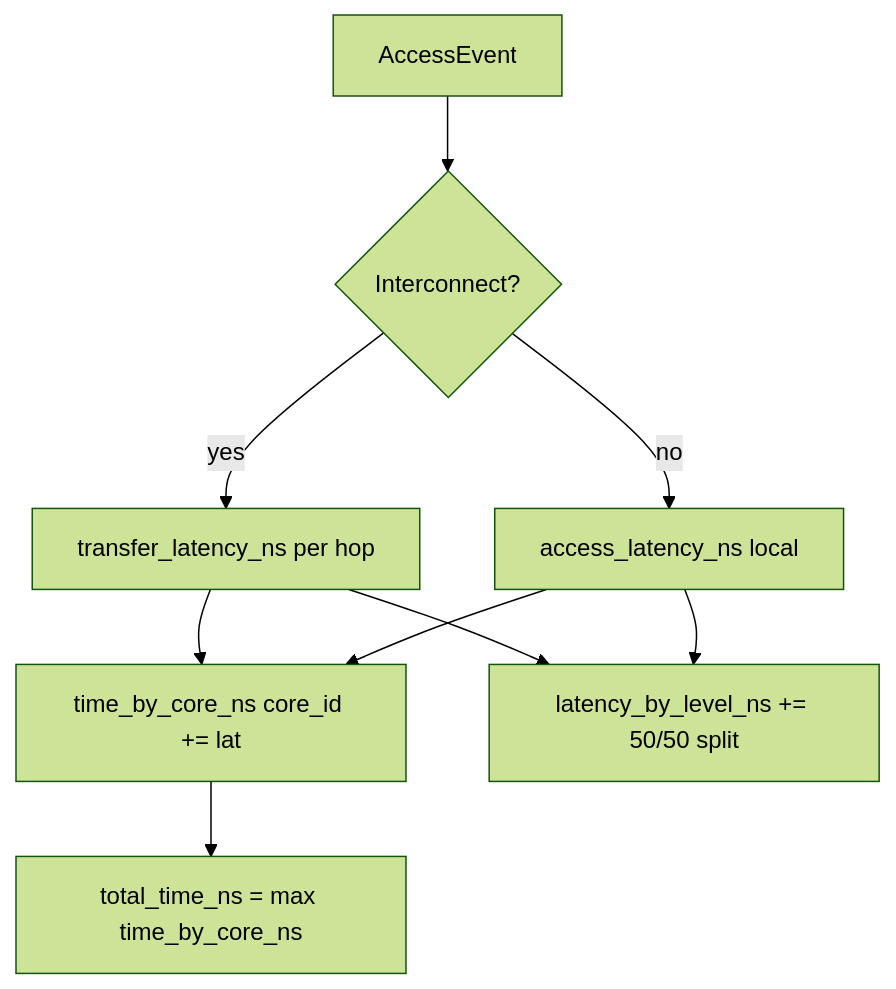
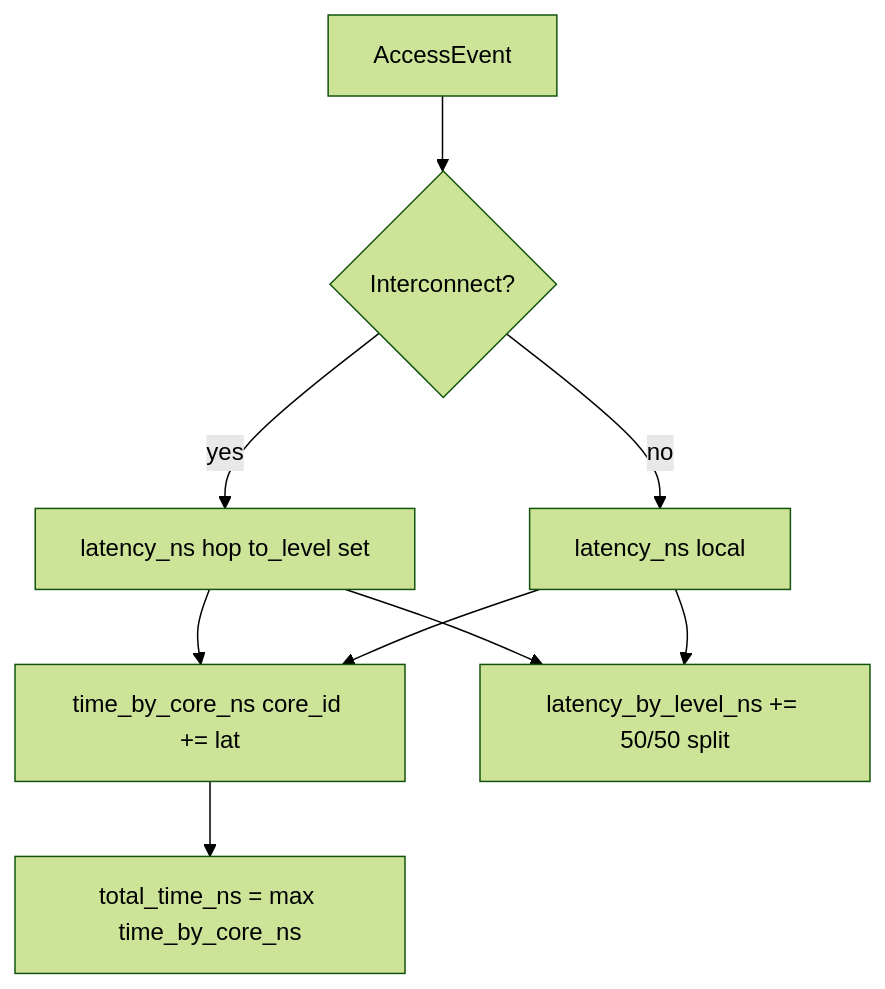
One commit to arinashah30/EE392C changed the diagram in docs/cost-model/02-latency.md. Above: the diagram before and after it, drawn with Mermaid (forest theme). The commit also changed other lines of this file and 29 other files, not shown here.

````diff
--- a/docs/cost-model/02-latency.md
+++ b/docs/cost-model/02-latency.md
@@ -11,11 +11,11 @@
 ```mermaid
 flowchart TD
     ACC[AccessEvent] --> IC{Interconnect?}
-    IC -->|yes| TL[transfer_latency_ns per hop]
-    IC -->|no| AL[access_latency_ns local]
+    IC -->|yes| TL[latency_ns hop to_level set]
+    IC -->|no| AL[latency_ns local]
     TL --> CORE[time_by_core_ns core_id += lat]
     AL --> CORE
     CORE --> MAX[total_time_ns = max time_by_core_ns]
     TL --> LV[latency_by_level_ns += 50/50 split]
     AL --> LV
 ```
````
